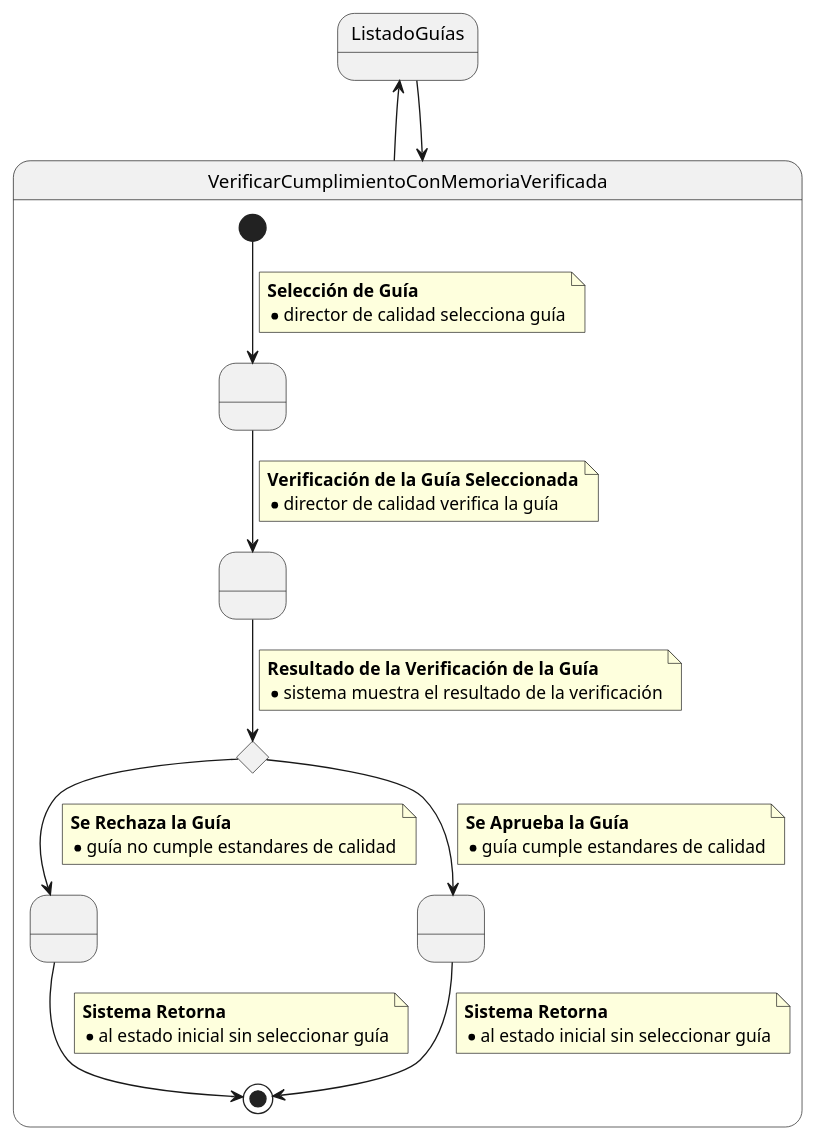
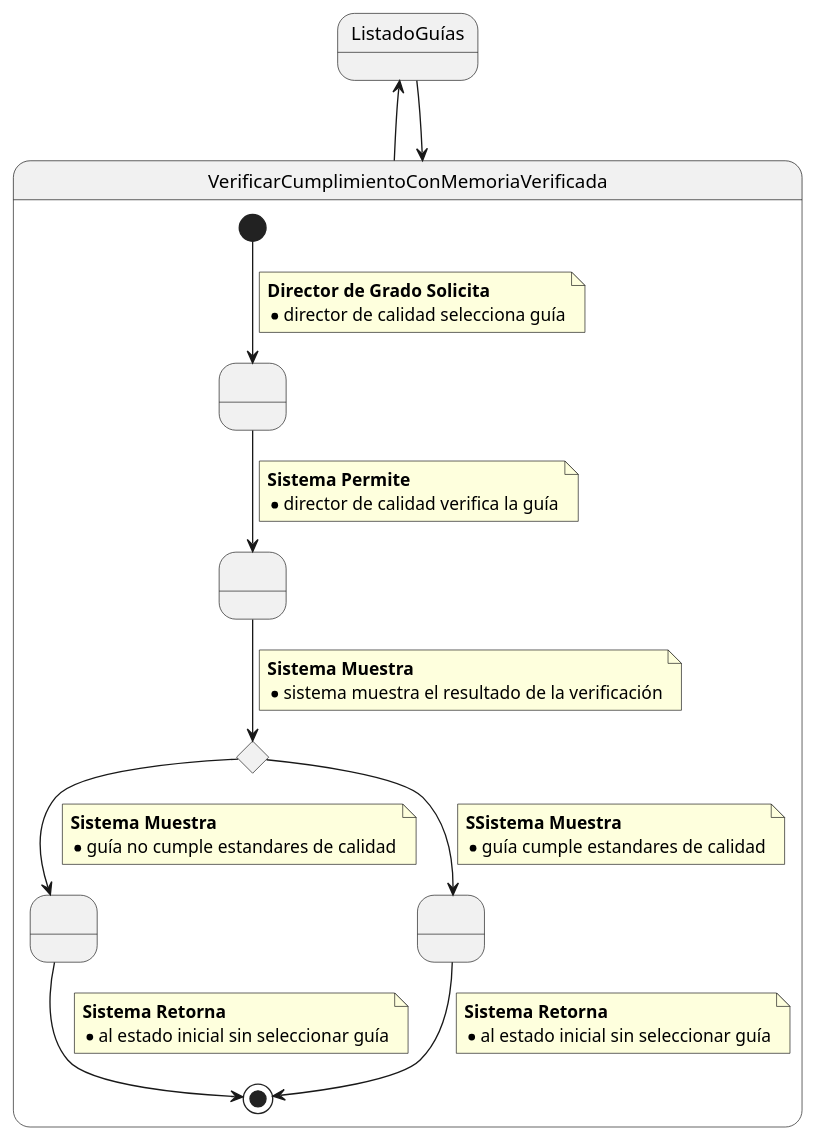
One commit to mmasias/24-25-IdSw1-SDR changed the diagram in CasosDeUso/Actividades/Detallados/VerificarGD.puml. Above: the diagram before and after it, drawn with PlantUML.

```diff
--- a/CasosDeUso/Actividades/Detallados/VerificarGD.puml
+++ b/CasosDeUso/Actividades/Detallados/VerificarGD.puml
@@ -1,57 +1,57 @@
 @startuml
 ListadoGuías -up-> VerificarCumplimientoConMemoriaVerificada
 
 state VerificarCumplimientoConMemoriaVerificada {
     state SeleccionarGuia as " "
     state VerificarGuia as " "
     state ResultadoVerificacion <<choice>>
     state GuiaNoCumpleRequisitos as " "
     state GuiaCumpleRequisitos as " "
 
 
     [*] --> SeleccionarGuia
     note on link
-    <b>Selección de Guía</b>
+    <b>Director de Grado Solicita</b>
     * director de calidad selecciona guía
     end note
 
     SeleccionarGuia --> VerificarGuia
     note on link
-    <b>Verificación de la Guía Seleccionada</b>
+    <b>Sistema Permite</b>
     * director de calidad verifica la guía
     end note
 
     VerificarGuia --> ResultadoVerificacion
     note on link
-    <b>Resultado de la Verificación de la Guía</b>
+    <b>Sistema Muestra</b>
     * sistema muestra el resultado de la verificación
     end note
 
     ResultadoVerificacion -->  GuiaNoCumpleRequisitos
     note on link
-    <b>Se Rechaza la Guía</b>
+    <b>Sistema Muestra</b>
     * guía no cumple estandares de calidad
     end note
 
      GuiaNoCumpleRequisitos --> [*]
     note on link
     <b>Sistema Retorna</b>
     * al estado inicial sin seleccionar guía
     end note
 
     ResultadoVerificacion -->  GuiaCumpleRequisitos
     note on link
-    <b>Se Aprueba la Guía</b>
+    <b>SSistema Muestra</b>
     * guía cumple estandares de calidad
     end note
     
     GuiaCumpleRequisitos --> [*]
     note on link
     <b>Sistema Retorna</b>
     * al estado inicial sin seleccionar guía
     end note
     
 }
 
 VerificarCumplimientoConMemoriaVerificada -up-> ListadoGuías
 @enduml
```
